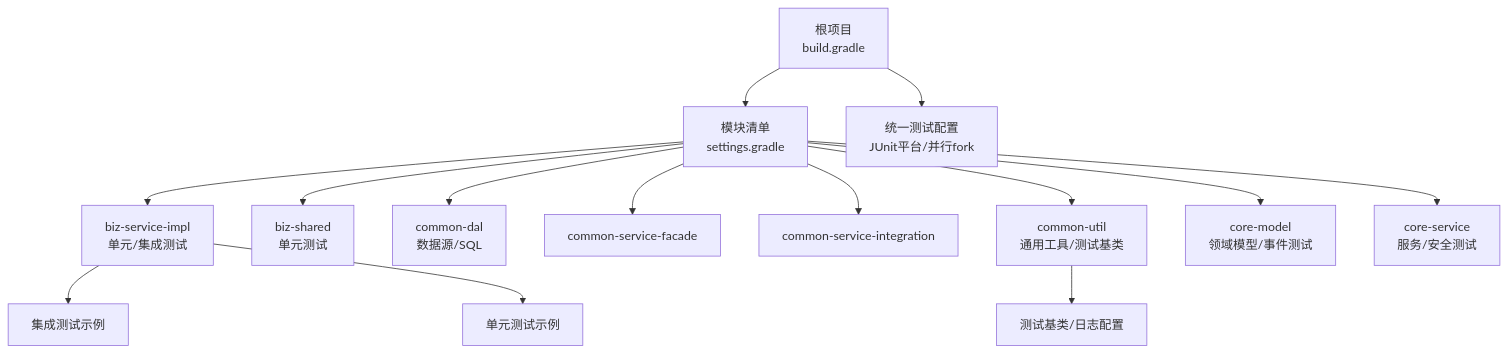
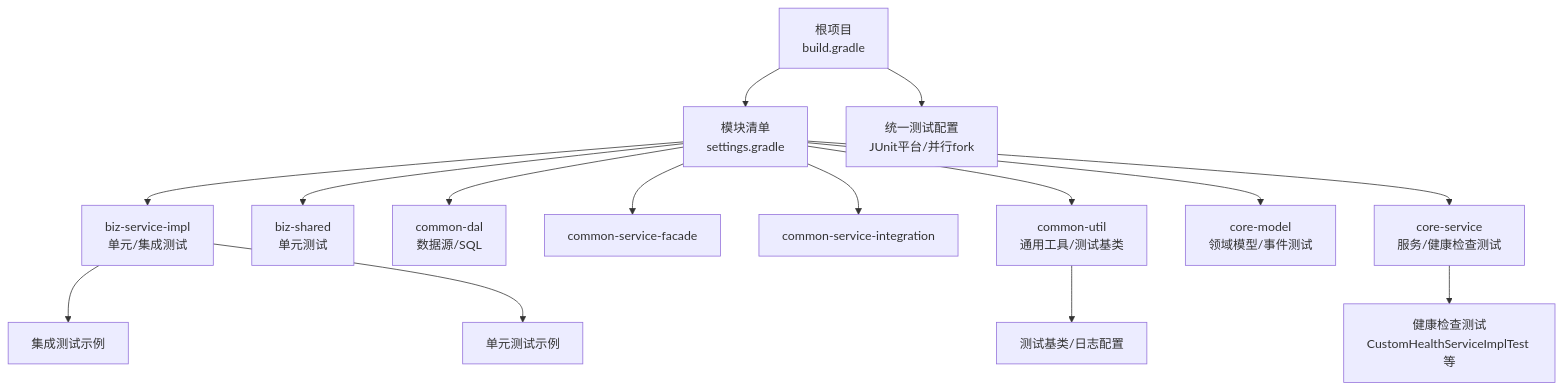
One commit to magicliang/domain-driven-transaction-sys changed the first of 8 diagrams in .qoder/repowiki/zh/content/测试策略.md. Above: the diagram before and after it, drawn with Mermaid. The commit also changed other lines of this file and 7 other files, not shown here.

````diff
--- a/.qoder/repowiki/zh/content/测试策略.md
+++ b/.qoder/repowiki/zh/content/测试策略.md
@@ -48,16 +66,17 @@
 ```mermaid
 graph TB
 Root["根项目<br/>build.gradle"] --> Settings["模块清单<br/>settings.gradle"]
 Settings --> BizImpl["biz-service-impl<br/>单元/集成测试"]
 Settings --> BizShared["biz-shared<br/>单元测试"]
 Settings --> CommonDal["common-dal<br/>数据源/SQL"]
 Settings --> CommonServiceFacade["common-service-facade"]
 Settings --> CommonServiceIntegration["common-service-integration"]
 Settings --> CommonUtil["common-util<br/>通用工具/测试基类"]
 Settings --> CoreModel["core-model<br/>领域模型/事件测试"]
-Settings --> CoreService["core-service<br/>服务/安全测试"]
+Settings --> CoreService["core-service<br/>服务/健康检查测试"]
 Root --> Tests["统一测试配置<br/>JUnit平台/并行fork"]
 BizImpl --> IT["集成测试示例"]
 BizImpl --> UT["单元测试示例"]
 CommonUtil --> Base["测试基类/日志配置"]
+CoreService --> HealthTests["健康检查测试<br/>CustomHealthServiceImplTest 等"]
 ```
````
